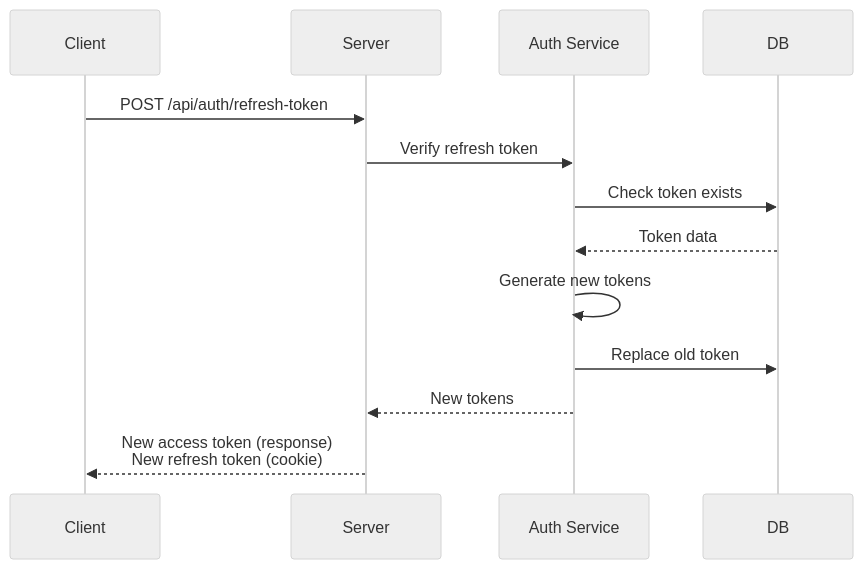
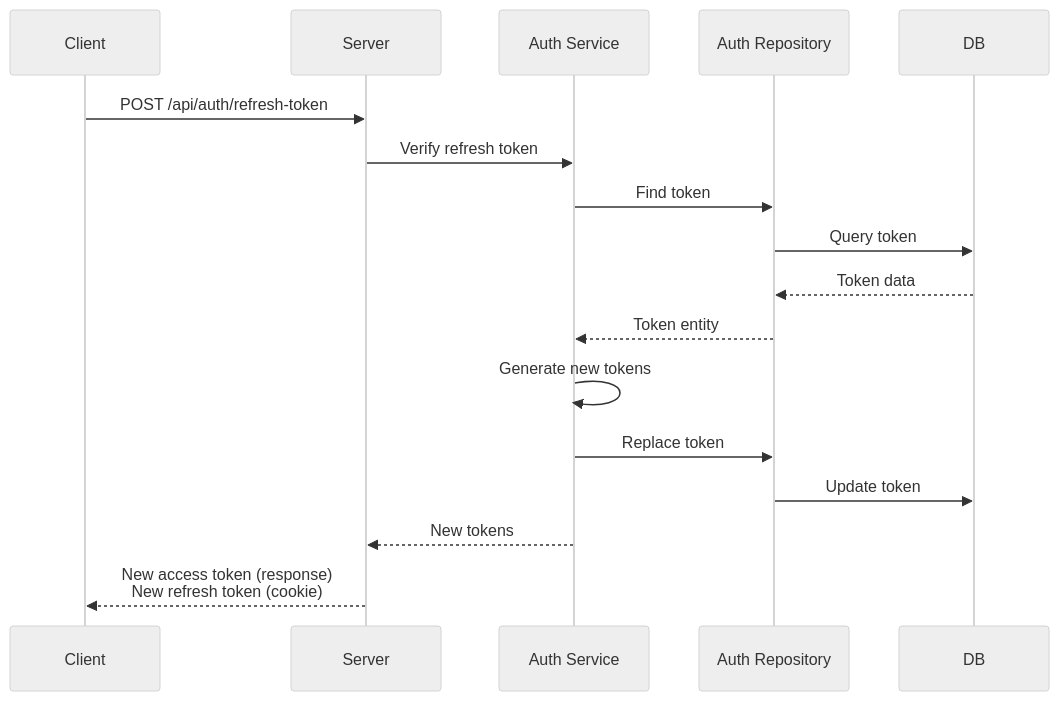
The third of 4 diagrams in server/README.md (ifindev/secure-authentication), drawn with Mermaid (neutral theme) before and after one commit. The commit also changed other lines of this file, not shown here.

````diff
--- a/server/README.md
+++ b/server/README.md
@@ -144,16 +155,20 @@
 ```mermaid
 sequenceDiagram
     participant Client
     participant Server
     participant Auth Service
+    participant Auth Repository
     participant DB
 
     Client->>Server: POST /api/auth/refresh-token
     Server->>Auth Service: Verify refresh token
-    Auth Service->>DB: Check token exists
-    DB-->>Auth Service: Token data
+    Auth Service->>Auth Repository: Find token
+    Auth Repository->>DB: Query token
+    DB-->>Auth Repository: Token data
+    Auth Repository-->>Auth Service: Token entity
     Auth Service->>Auth Service: Generate new tokens
-    Auth Service->>DB: Replace old token
+    Auth Service->>Auth Repository: Replace token
+    Auth Repository->>DB: Update token
     Auth Service-->>Server: New tokens
     Server-->>Client: New access token (response)<br/>New refresh token (cookie)
 ```
````
